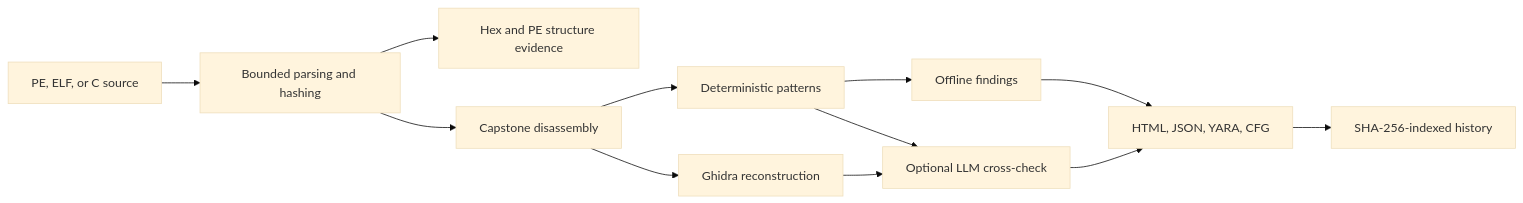
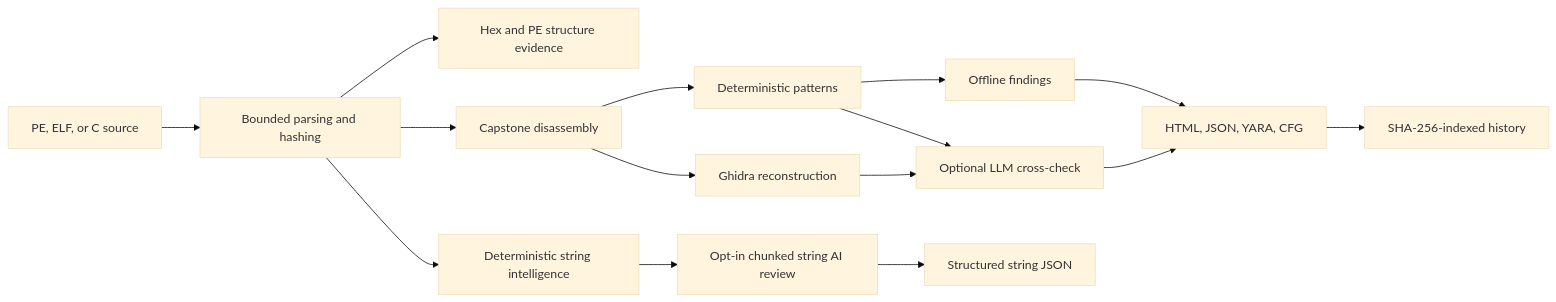
The diagram in README.md (anpa1200/AIDebug), drawn with Mermaid (base theme) before and after one commit. The commit also changed other lines of this file and 37 other files, not shown here.

````diff
--- a/README.md
+++ b/README.md
@@ -255,14 +324,17 @@
 ```mermaid
 flowchart LR
   Input[PE, ELF, or C source] --> Parse[Bounded parsing and hashing]
   Parse --> Structure[Hex and PE structure evidence]
+  Parse --> Strings[Deterministic string intelligence]
   Parse --> Disasm[Capstone disassembly]
   Disasm --> Patterns[Deterministic patterns]
   Disasm --> Ghidra[Ghidra reconstruction]
   Patterns --> Offline[Offline findings]
   Patterns --> AI[Optional LLM cross-check]
+  Strings --> StringAI[Opt-in chunked string AI review]
   Ghidra --> AI
   Offline --> Reports[HTML, JSON, YARA, CFG]
   AI --> Reports
+  StringAI --> StringJSON[Structured string JSON]
   Reports --> History[SHA-256-indexed history]
 ```
````
